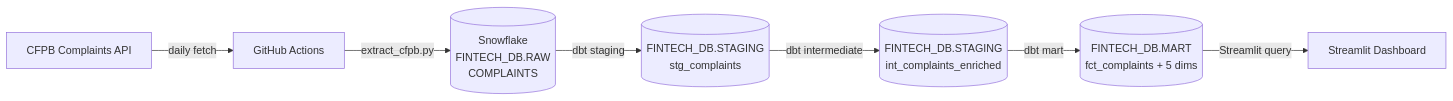
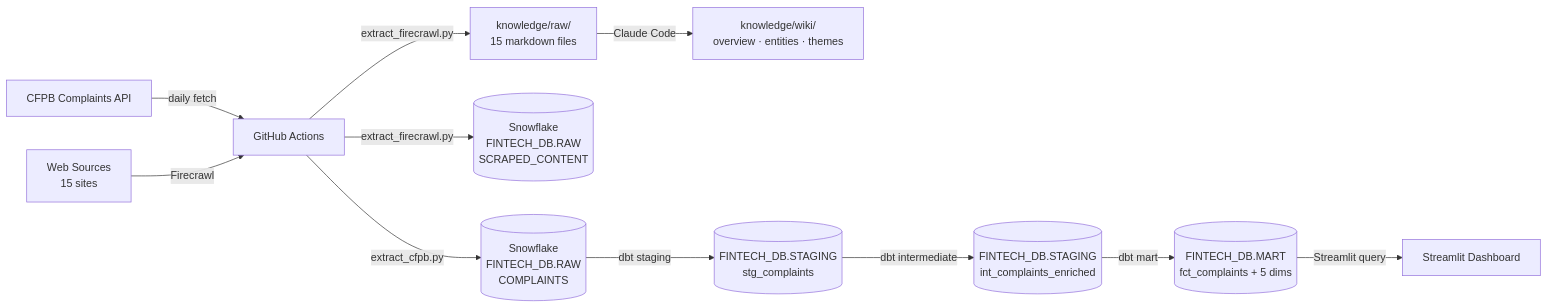
Before and after one commit to eokome/data-analyst-fintech: the first of 2 diagrams in README.md, drawn with Mermaid. The commit also changed other lines of this file and 1 other file, not shown here.

Commit message:
docs: add presentation PDF and expand pipeline diagram with knowledge base layer

````diff
--- a/README.md
+++ b/README.md
@@ -28,9 +28,13 @@
 ```mermaid
 flowchart LR
     A[CFPB Complaints API] -->|daily fetch| B[GitHub Actions]
+    W[Web Sources\n15 sites] -->|Firecrawl| B
     B -->|extract_cfpb.py| C[(Snowflake\nFINTECH_DB.RAW\nCOMPLAINTS)]
+    B -->|extract_firecrawl.py| C2[(Snowflake\nFINTECH_DB.RAW\nSCRAPED_CONTENT)]
+    B -->|extract_firecrawl.py| K[knowledge/raw/\n15 markdown files]
+    K -->|Claude Code| L[knowledge/wiki/\noverview · entities · themes]
     C -->|dbt staging| D[(FINTECH_DB.STAGING\nstg_complaints)]
     D -->|dbt intermediate| E[(FINTECH_DB.STAGING\nint_complaints_enriched)]
     E -->|dbt mart| F[(FINTECH_DB.MART\nfct_complaints + 5 dims)]
     F -->|Streamlit query| G[Streamlit Dashboard]
 ```
````
